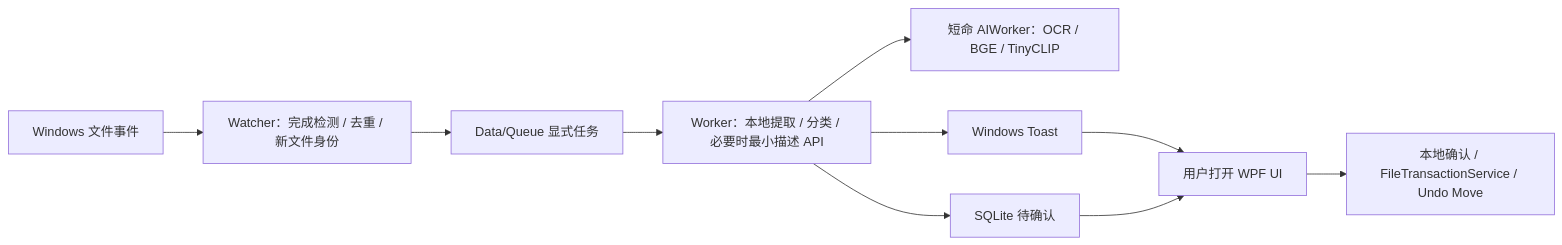
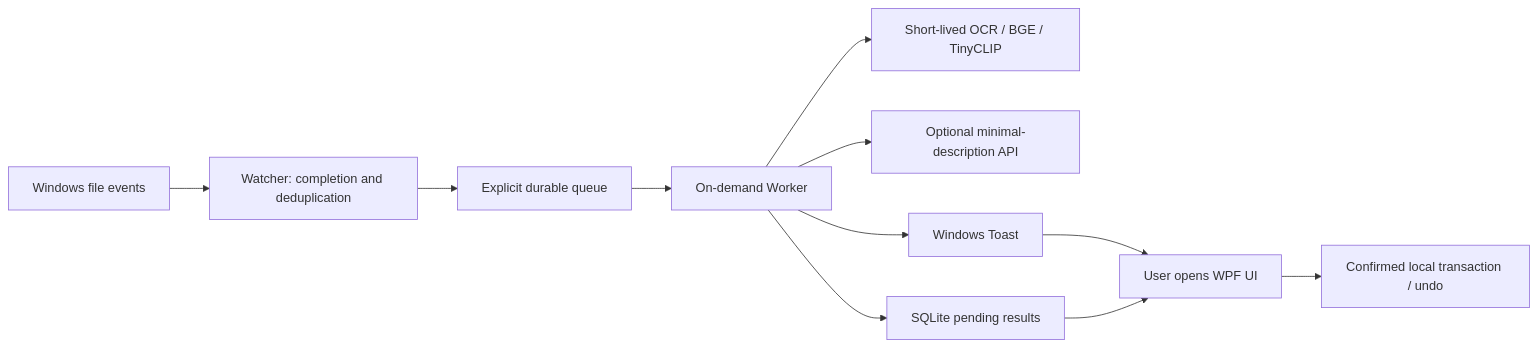
One commit to lcz1444532800-byte/SmartFiles changed the diagram in docs/architecture.md. Above: the diagram before and after it, drawn with Mermaid. The commit also changed other lines of this file and 34 other files, not shown here.

````diff
--- a/docs/architecture.md
+++ b/docs/architecture.md
@@ -5,12 +5,13 @@
 ```mermaid
 flowchart LR
- FS[Windows 文件事件] --> W[Watcher：完成检测 / 去重 / 新文件身份]
- W --> Q[Data/Queue 显式任务]
- Q --> K[Worker：本地提取 / 分类 / 必要时最小描述 API]
- K --> A[短命 AIWorker：OCR / BGE / TinyCLIP]
- K --> D[SQLite 待确认]
+ FS[Windows file events] --> W[Watcher: completion and deduplication]
+ W --> Q[Explicit durable queue]
+ Q --> K[On-demand Worker]
+ K --> A[Short-lived OCR / BGE / TinyCLIP]
+ K --> API[Optional minimal-description API]
+ K --> DB[SQLite pending results]
  K --> T[Windows Toast]
- T --> U[用户打开 WPF UI]
- D --> U
- U --> F[本地确认 / FileTransactionService / Undo Move]
+ T --> UI[User opens WPF UI]
+ DB --> UI
+ UI --> TX[Confirmed local transaction / undo]
 ```
````
